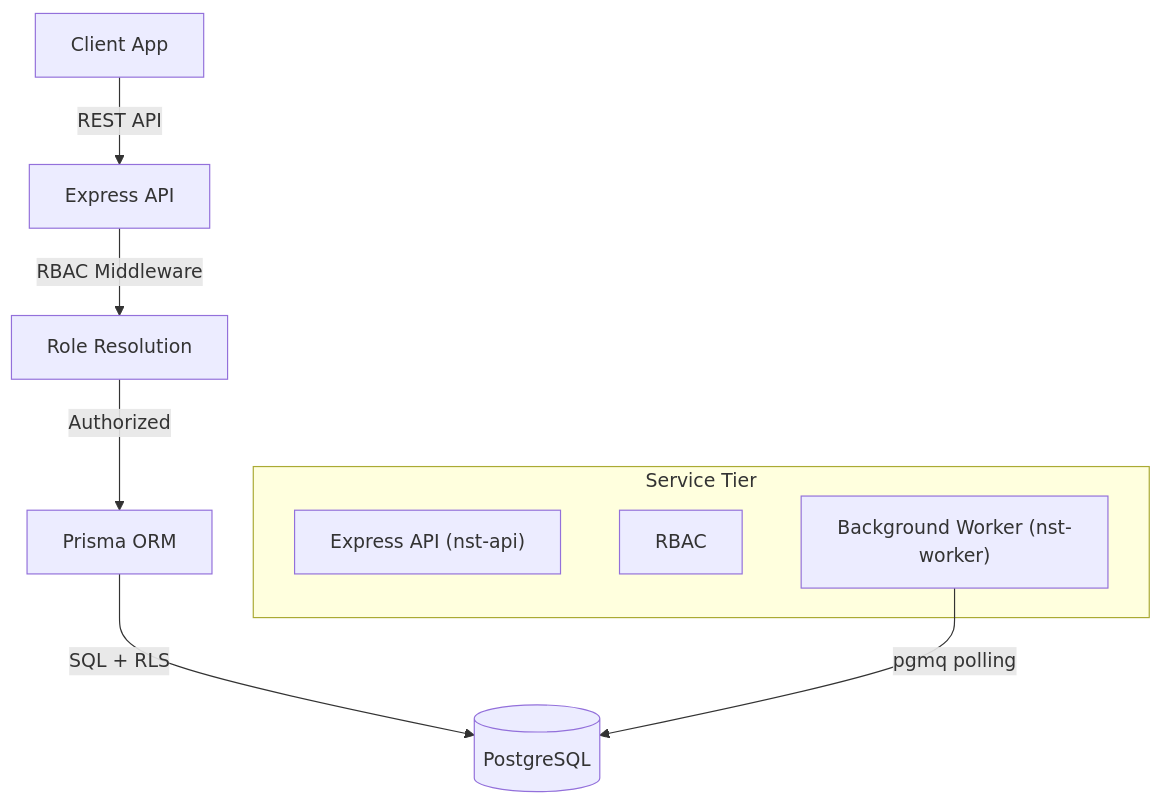
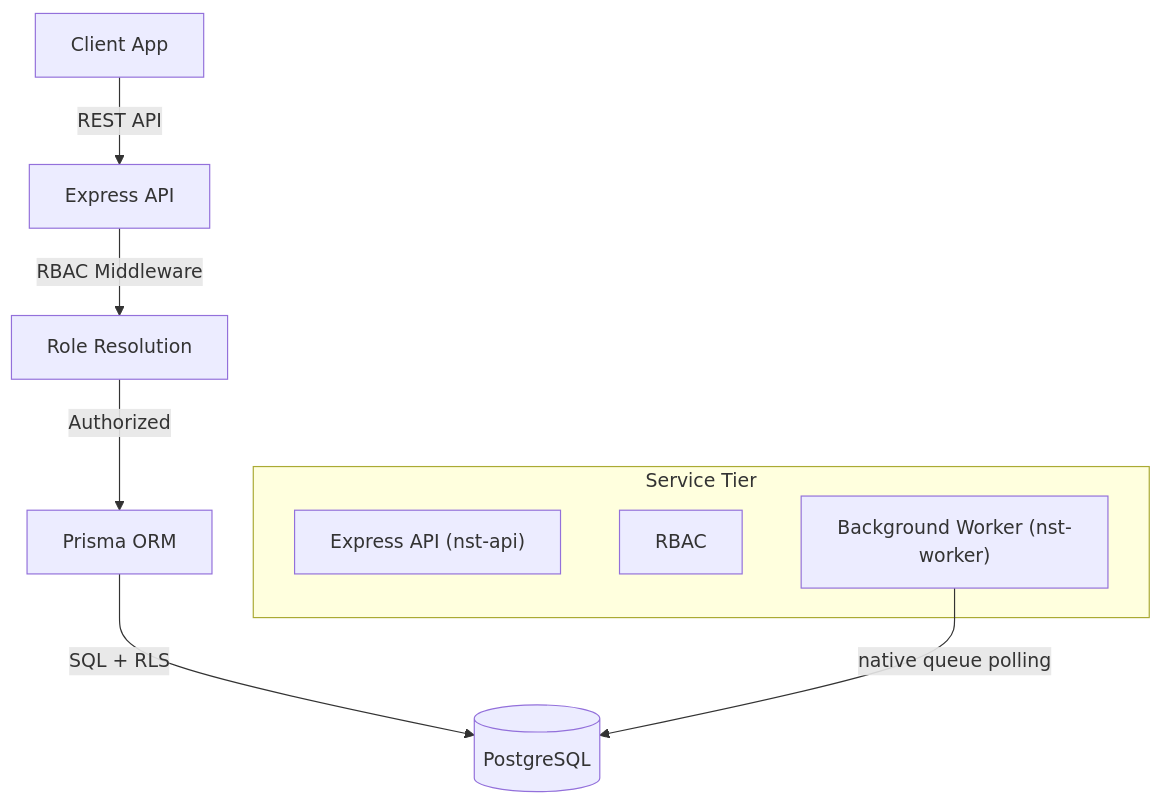
Before and after one commit to Tushar8466/nst-events-docs: the diagram in docs/api/01-api-architecture.md, drawn with Mermaid. The commit also changed other lines of this file and 28 other files, not shown here.

Commit message:
docs: synchronize Phase 7 Milestone 6 architecture and API documentation

````diff
--- a/docs/api/01-api-architecture.md
+++ b/docs/api/01-api-architecture.md
@@ -17,14 +17,14 @@
 ```mermaid
 graph TD
     Client[Client App] -->|REST API| Express[Express API]
     Express -->|RBAC Middleware| Auth[Role Resolution]
     Auth -->|Authorized| Prisma[Prisma ORM]
     Prisma -->|SQL + RLS| Database[(PostgreSQL)]
     subgraph Service Tier
         API["Express API (nst-api)"]
         RBAC
         Worker["Background Worker (nst-worker)"]
     end
 
-    Worker -->|pgmq polling| Database
+    Worker -->|native queue polling| Database
 ```
````
